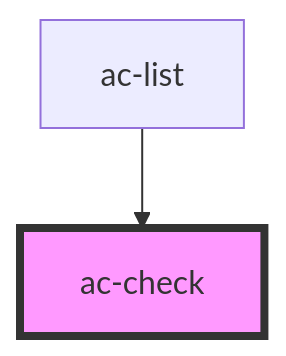
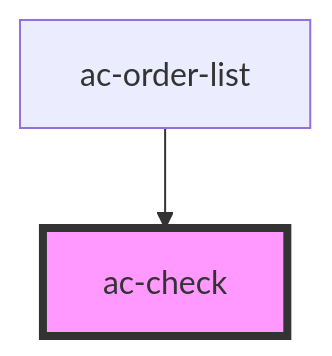
The diagram in src/components/atoms/ac-check/readme.md (accera-tech/solar-components), drawn with Mermaid before and after one commit. The commit also changed other lines of this file and 19 other files, not shown here.

````diff
--- a/src/components/atoms/ac-check/readme.md
+++ b/src/components/atoms/ac-check/readme.md
@@ -55,5 +55,5 @@
 ```mermaid
 graph TD;
-  ac-list --> ac-check
+  ac-order-list --> ac-check
   style ac-check fill:#f9f,stroke:#333,stroke-width:4px
 ```
````
